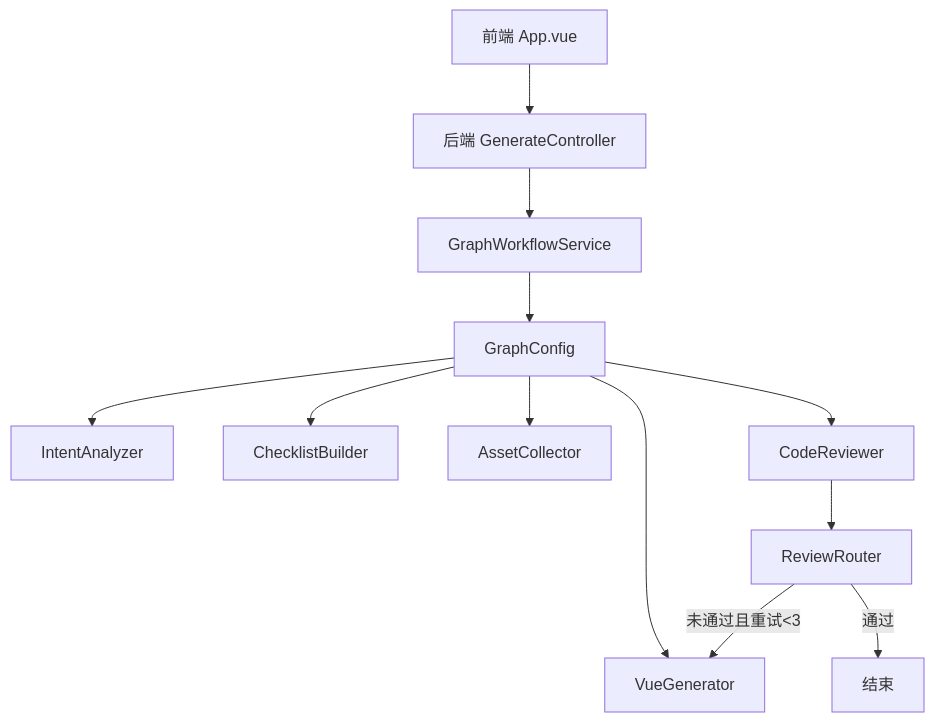
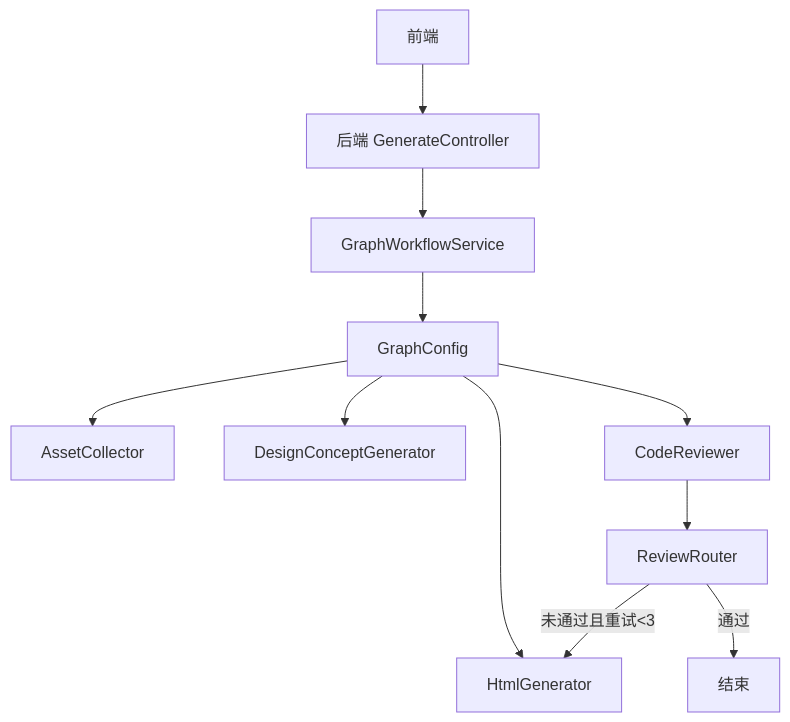
The first of 7 diagrams in .qoder/repowiki/zh/content/AI工作流系统/AI节点分析/代码审查节点.md (CyanYuKi/WebSiteFrontendCodeMother), drawn with Mermaid before and after one commit. The commit also changed other lines of this file and 12 other files, not shown here.

````diff
--- a/.qoder/repowiki/zh/content/AI工作流系统/AI节点分析/代码审查节点.md
+++ b/.qoder/repowiki/zh/content/AI工作流系统/AI节点分析/代码审查节点.md
@@ -54,14 +56,13 @@
 ```mermaid
 graph TB
-FE["前端 App.vue"] --> API["后端 GenerateController"]
+FE["前端"] --> API["后端 GenerateController"]
 API --> GW["GraphWorkflowService"]
 GW --> CFG["GraphConfig"]
-CFG --> NA["IntentAnalyzer"]
-CFG --> CB["ChecklistBuilder"]
 CFG --> AC["AssetCollector"]
-CFG --> VG["VueGenerator"]
+CFG --> DCG["DesignConceptGenerator"]
+CFG --> HG["HtmlGenerator"]
 CFG --> CR["CodeReviewer"]
 CR --> RR["ReviewRouter"]
 RR --> |通过| END["结束"]
-RR --> |未通过且重试<3| VG
+RR --> |未通过且重试<3| HG
 ```
````
